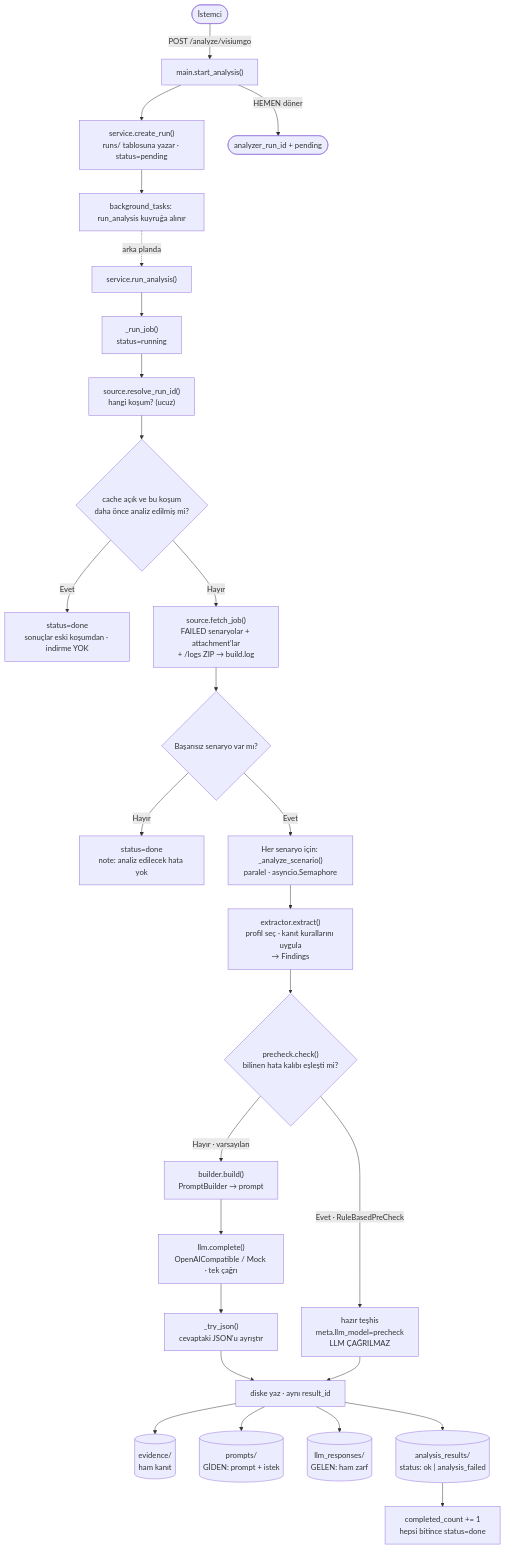
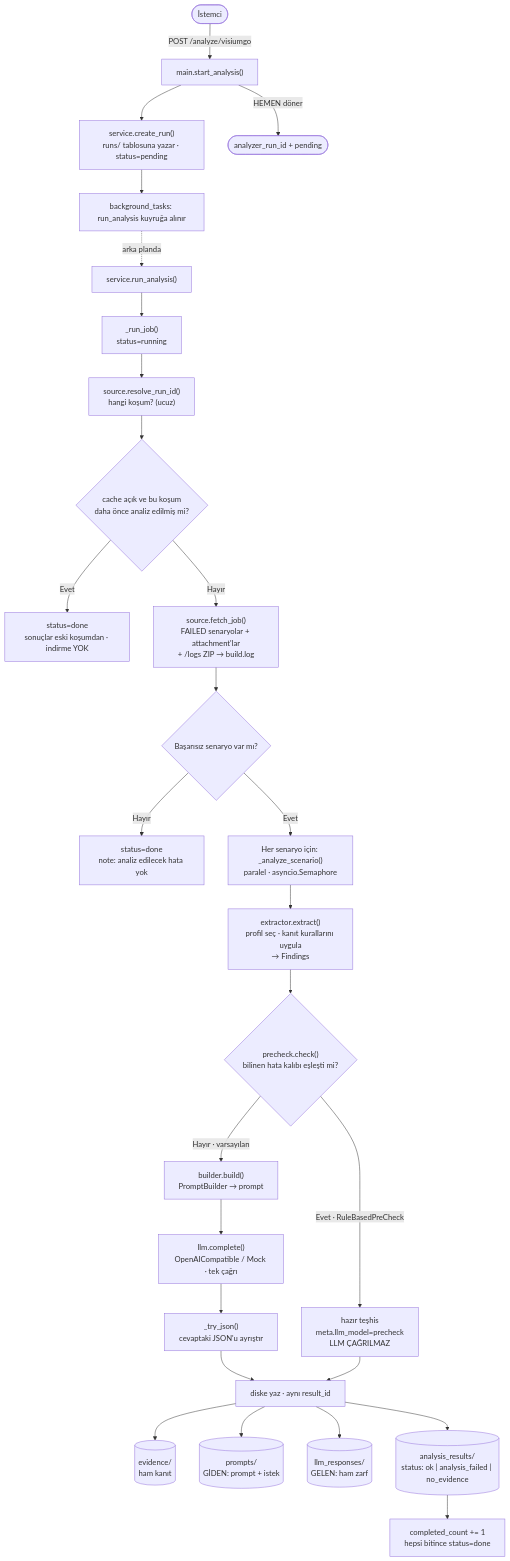
The first of 4 diagrams in docs/akis-semasi.md (serdarxkulaksiz-netizen/analiz), drawn with Mermaid before and after one commit. The commit also changed other lines of this file and 43 other files, not shown here.

````diff
--- a/docs/akis-semasi.md
+++ b/docs/akis-semasi.md
@@ -8,31 +8,31 @@
 ```mermaid
 flowchart TD
     C([İstemci]) -->|POST /analyze/visiumgo| A["main.start_analysis()"]
     A --> CR["service.create_run()<br/>runs/ tablosuna yazar · status=pending"]
     CR --> BG["background_tasks: run_analysis kuyruğa alınır"]
     A -->|HEMEN döner| R1([analyzer_run_id + pending])
 
     BG -.->|arka planda| RA["service.run_analysis()"]
     RA --> RJ["_run_job()<br/>status=running"]
     RJ --> RSV["source.resolve_run_id()<br/>hangi koşum? (ucuz)"]
     RSV --> CH{"cache açık ve bu koşum<br/>daha önce analiz edilmiş mi?"}
     CH -->|Evet| DC["status=done<br/>sonuçlar eski koşumdan · indirme YOK"]
     CH -->|Hayır| SRC["source.fetch_job()<br/>FAILED senaryolar + attachment'lar<br/>+ /logs ZIP → build.log"]
     SRC --> LOOP{Başarısız senaryo var mı?}
     LOOP -->|Hayır| D1["status=done<br/>note: analiz edilecek hata yok"]
     LOOP -->|Evet| AS["Her senaryo için: _analyze_scenario()<br/>paralel · asyncio.Semaphore"]
 
     AS --> EX["extractor.extract()<br/>profil seç · kanıt kurallarını uygula<br/>→ Findings"]
     EX --> PC{"precheck.check()<br/>bilinen hata kalıbı eşleşti mi?"}
     PC -->|"Evet · RuleBasedPreCheck"| CAN["hazır teşhis<br/>meta.llm_model=precheck<br/>LLM ÇAĞRILMAZ"]
     PC -->|"Hayır · varsayılan"| PB["builder.build()<br/>PromptBuilder → prompt"]
     PB --> LLM["llm.complete()<br/>OpenAICompatible / Mock · tek çağrı"]
     LLM --> PJ["_try_json()<br/>cevaptaki JSON'u ayrıştır"]
     PJ --> W["diske yaz · aynı result_id"]
     CAN --> W
     W --> EV[("evidence/<br/>ham kanıt")]
     W --> PR[("prompts/<br/>GİDEN: prompt + istek")]
     W --> LR[("llm_responses/<br/>GELEN: ham zarf")]
-    W --> AR[("analysis_results/<br/>status: ok | analysis_failed")]
+    W --> AR[("analysis_results/<br/>status: ok | analysis_failed | no_evidence")]
     AR --> D2["completed_count += 1<br/>hepsi bitince status=done"]
 ```
````
